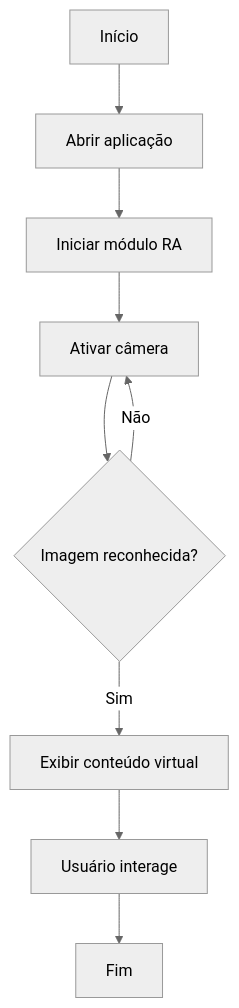
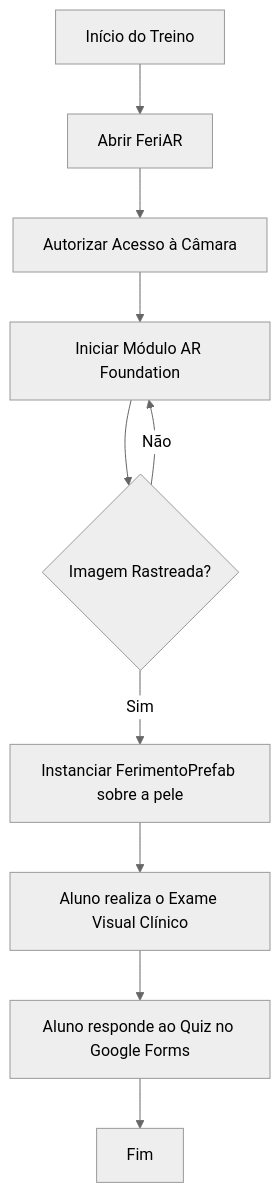
One commit to Buzzardlate/FeriAR changed the diagram in README.md. Above: the diagram before and after it, drawn with Mermaid (neutral theme). The commit also changed other lines of this file, not shown here.

````diff
--- a/README.md
+++ b/README.md
@@ -320,11 +277,12 @@
 ```mermaid
 flowchart TD
-    A[Início] --> B[Abrir aplicação]
-    B --> C[Iniciar módulo RA]
-    C --> D[Ativar câmera]
-    D --> E{Imagem reconhecida?}
+    A[Início do Treino] --> B[Abrir FeriAR]
+    B --> C[Autorizar Acesso à Câmara]
+    C --> D[Iniciar Módulo AR Foundation]
+    D --> E{Imagem Rastreada?}
     E -- Não --> D
-    E -- Sim --> F[Exibir conteúdo virtual]
-    F --> G[Usuário interage]
-    G --> H[Fim]
+    E -- Sim --> F[Instanciar FerimentoPrefab sobre a pele]
+    F --> G[Aluno realiza o Exame Visual Clínico]
+    G --> H[Aluno responde ao Quiz no Google Forms]
+    H --> I[Fim]
 ```
````
